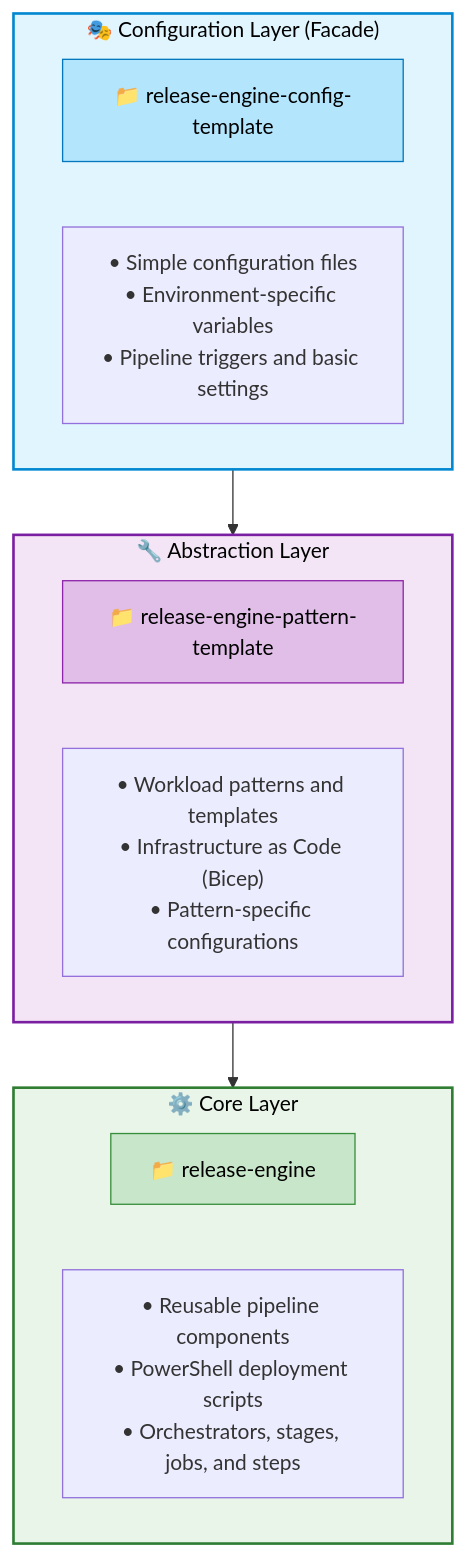
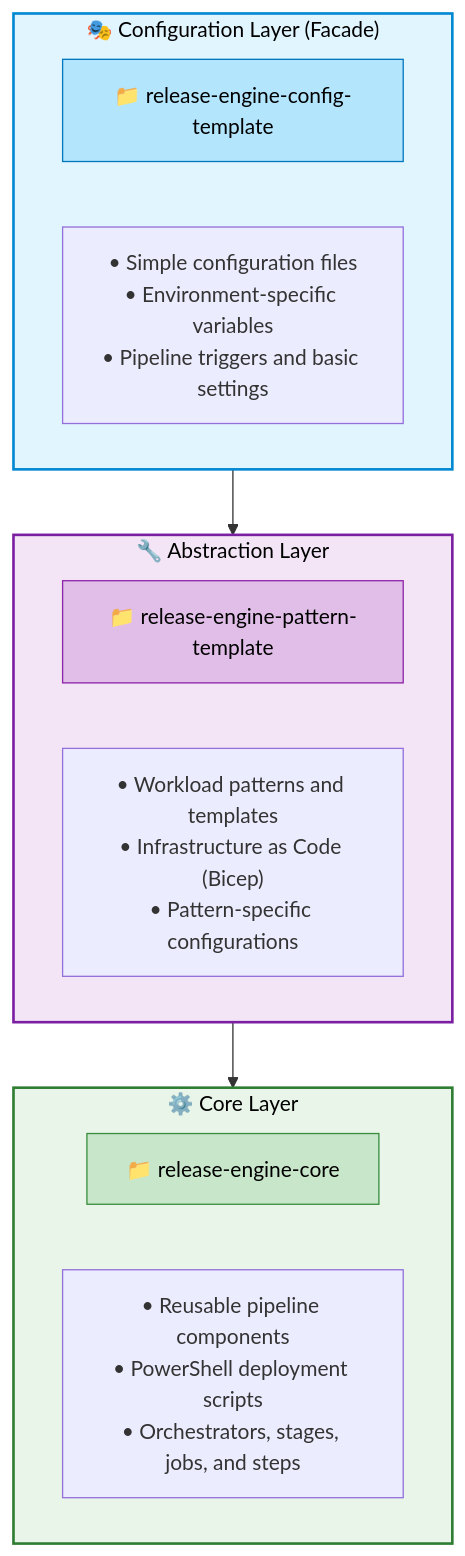
The first of 4 diagrams in docs/Release-Engine-Solution-Architecture.md (thecloudexplorers/release-engine), drawn with Mermaid before and after one commit. The commit also changed other lines of this file and 20 other files, not shown here.

````diff
--- a/docs/Release-Engine-Solution-Architecture.md
+++ b/docs/Release-Engine-Solution-Architecture.md
@@ -11,27 +11,27 @@
 ```mermaid
 graph TD
     subgraph Config["🎭 Configuration Layer (Facade)"]
         ConfigRepo["📁 release-engine-config-template"]
         ConfigFeatures["• Simple configuration files<br/>• Environment-specific variables<br/>• Pipeline triggers and basic settings"]
     end
     
     subgraph Abstract["🔧 Abstraction Layer"]
         AbstractRepo["📁 release-engine-pattern-template"]
         AbstractFeatures["• Workload patterns and templates<br/>• Infrastructure as Code (Bicep)<br/>• Pattern-specific configurations"]
     end
     
     subgraph Core["⚙️ Core Layer"]
-        CoreRepo["📁 release-engine"]
+        CoreRepo["📁 release-engine-core"]
         CoreFeatures["• Reusable pipeline components<br/>• PowerShell deployment scripts<br/>• Orchestrators, stages, jobs, and steps"]
     end
     
     Config --> Abstract
     Abstract --> Core
     
     style Config fill:#e1f5fe,stroke:#0288d1,stroke-width:2px,color:#000
     style Abstract fill:#f3e5f5,stroke:#7b1fa2,stroke-width:2px,color:#000
     style Core fill:#e8f5e8,stroke:#2e7d32,stroke-width:2px,color:#000
     style ConfigRepo fill:#b3e5fc,stroke:#0277bd,stroke-width:1px,color:#000
     style AbstractRepo fill:#e1bee7,stroke:#8e24aa,stroke-width:1px,color:#000
     style CoreRepo fill:#c8e6c9,stroke:#388e3c,stroke-width:1px,color:#000
 ```
````
